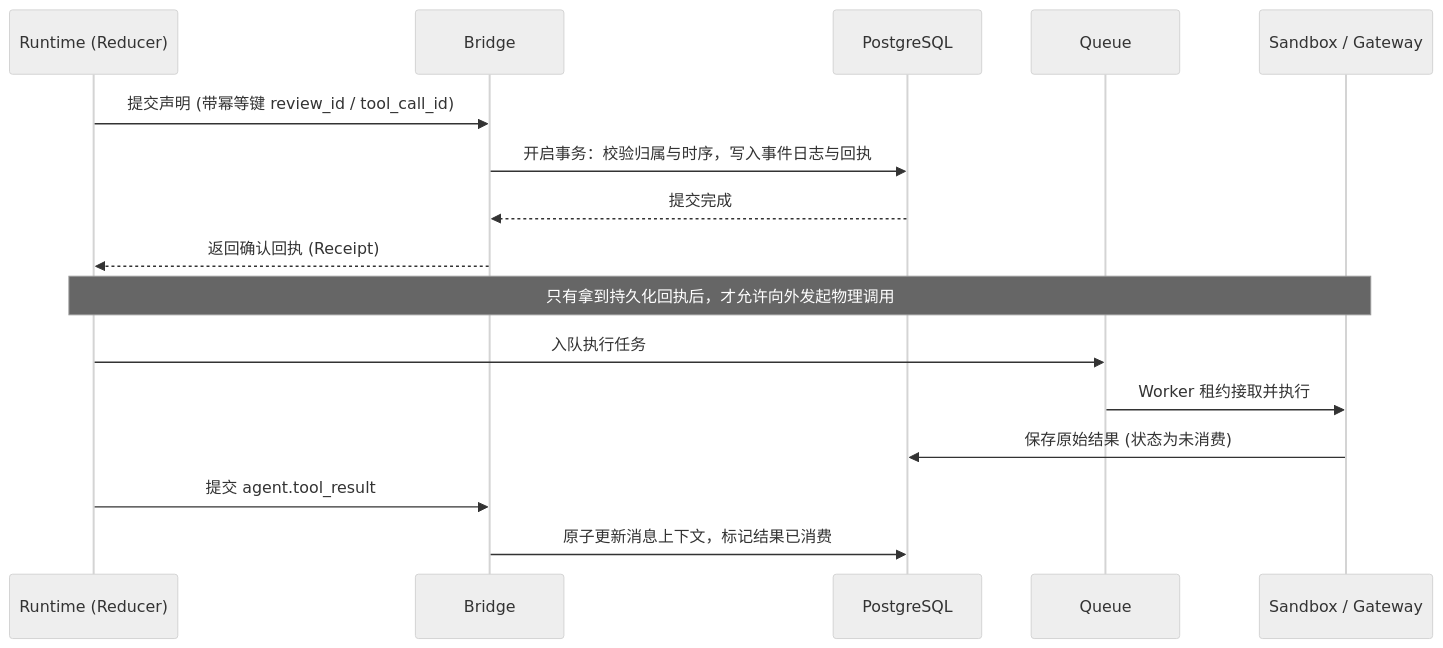
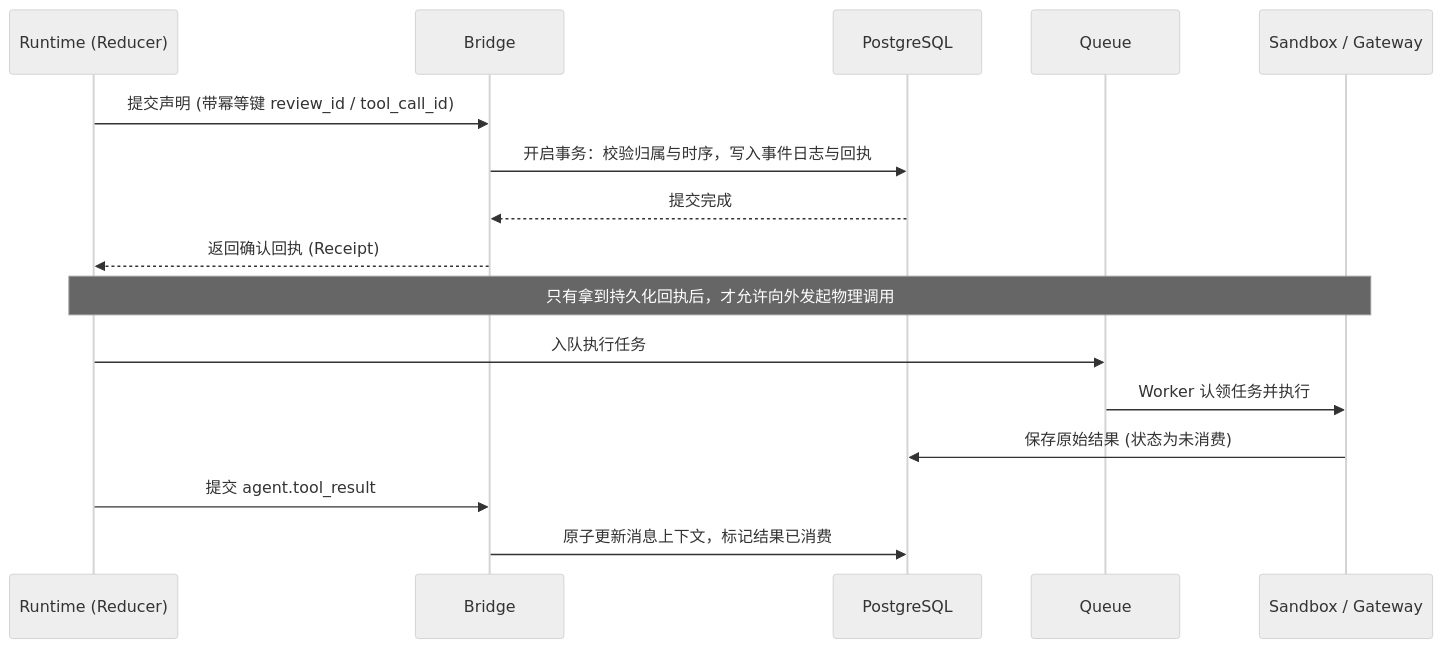
The second of 2 diagrams in wiki/topics/ai/tetral.md (PerfectPan/wiki), drawn with Mermaid (neutral theme) before and after one commit. The commit also changed other lines of this file and 2 other files, not shown here.

````diff
--- a/wiki/topics/ai/tetral.md
+++ b/wiki/topics/ai/tetral.md
@@ -74,19 +74,19 @@
 ```mermaid
 sequenceDiagram
     participant R as Runtime (Reducer)
     participant B as Bridge
     participant DB as PostgreSQL
     participant Q as Queue
     participant S as Sandbox / Gateway
 
     R->>B: 提交声明 (带幂等键 review_id / tool_call_id)
     B->>DB: 开启事务：校验归属与时序，写入事件日志与回执
     DB-->>B: 提交完成
     B-->>R: 返回确认回执 (Receipt)
     Note over R,S: 只有拿到持久化回执后，才允许向外发起物理调用
     R->>Q: 入队执行任务
-    Q->>S: Worker 租约接取并执行
+    Q->>S: Worker 认领任务并执行
     S->>DB: 保存原始结果 (状态为未消费)
     R->>B: 提交 agent.tool_result
     B->>DB: 原子更新消息上下文，标记结果已消费
 ```
````
